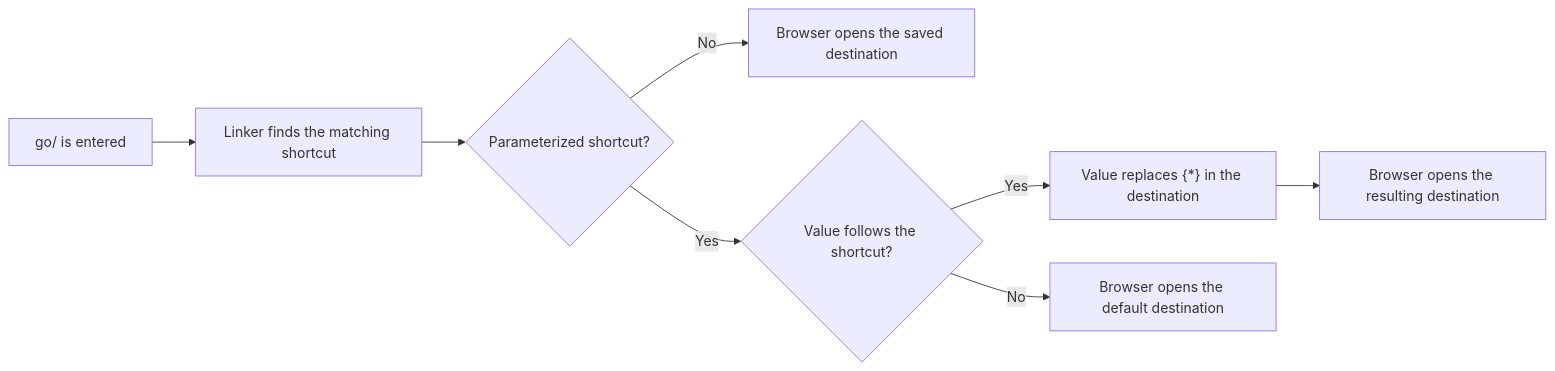
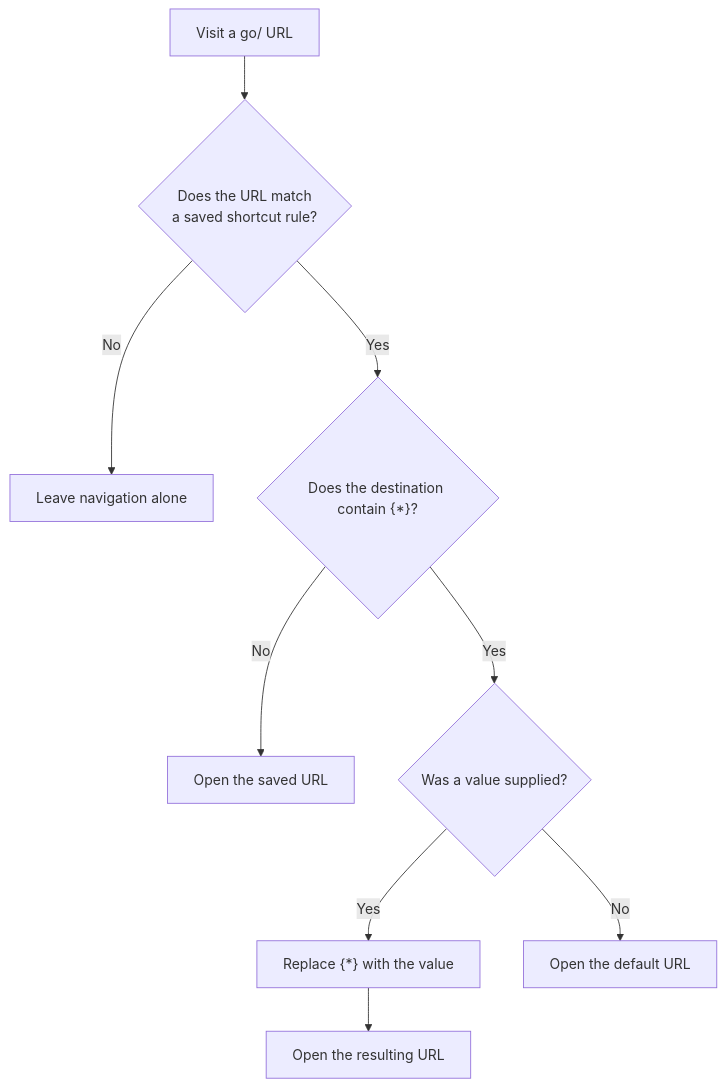
The second of 2 diagrams in README.md (taichikuji/Linker), drawn with Mermaid before and after one commit. The commit also changed other lines of this file, not shown here.

Commit message:
docs: explain shortcut behavior with decision flowcharts

````diff
--- a/README.md
+++ b/README.md
@@ -40,10 +52,13 @@
 ```mermaid
-flowchart LR
-  A["go/<shortcut> is entered"] --> B["Linker finds the matching shortcut"]
-  B --> C{"Parameterized shortcut?"}
-  C -->|No| D["Browser opens the saved destination"]
-  C -->|Yes| E{"Value follows the shortcut?"}
-  E -->|Yes| F["Value replaces {*} in the destination"]
-  F --> G["Browser opens the resulting destination"]
-  E -->|No| H["Browser opens the default destination"]
+flowchart TD
+  accTitle: Open a Linker shortcut
+  accDescr: Only URLs matching a saved shortcut rule are redirected. A regular shortcut opens its saved URL. A destination containing a variable uses the supplied value, or opens its default URL when no value is supplied.
+  A["Visit a go/ URL"] --> B{"Does the URL match<br/>a saved shortcut rule?"}
+  B -->|No| C["Leave navigation alone"]
+  B -->|Yes| D{"Does the destination contain {*}?"}
+  D -->|No| E["Open the saved URL"]
+  D -->|Yes| F{"Was a value supplied?"}
+  F -->|Yes| G["Replace {*} with the value"]
+  G --> H["Open the resulting URL"]
+  F -->|No| I["Open the default URL"]
 ```
````
